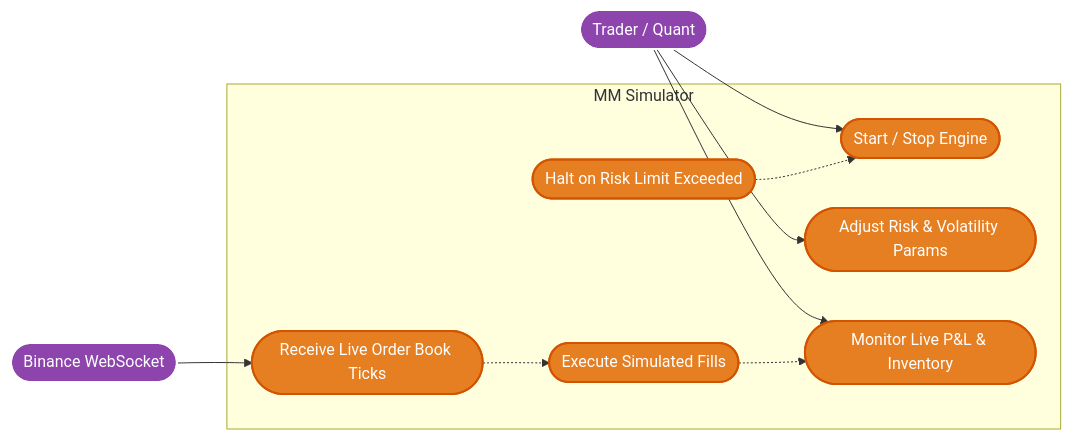
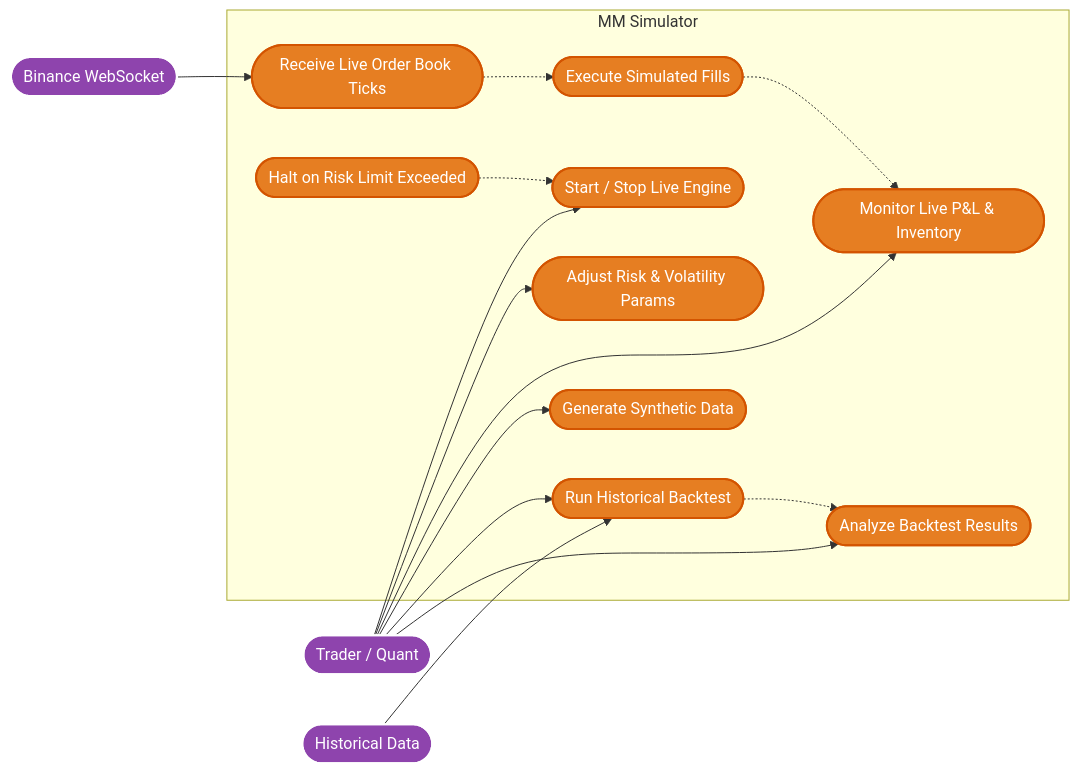
Before and after one commit to Youngmaster0304/trading-bot-project: the second of 3 diagrams in README.md, drawn with Mermaid. The commit also changed other lines of this file, not shown here.

First line of the commit message:
Enhance README with backtesting and data generation details

````diff
--- a/README.md
+++ b/README.md
@@ -94,27 +106,37 @@
 ```mermaid
 flowchart LR
     %% Styling
     classDef actor fill:#8e44ad,stroke:#fff,stroke-width:2px,color:#fff
     classDef usecase fill:#e67e22,stroke:#d35400,stroke-width:2px,color:#fff
     
     User([Trader / Quant]):::actor
     API([Binance WebSocket]):::actor
+    Data([Historical Data]):::actor
 
     subgraph MM Simulator
-        UC1([Start / Stop Engine]):::usecase
+        UC1([Start / Stop Live Engine]):::usecase
         UC2([Adjust Risk & Volatility Params]):::usecase
         UC3([Monitor Live P&L & Inventory]):::usecase
         UC4([Receive Live Order Book Ticks]):::usecase
         UC5([Execute Simulated Fills]):::usecase
         UC6([Halt on Risk Limit Exceeded]):::usecase
+        UC7([Generate Synthetic Data]):::usecase
+        UC8([Run Historical Backtest]):::usecase
+        UC9([Analyze Backtest Results]):::usecase
     end
 
     User --> UC1
     User --> UC2
     User --> UC3
+    User --> UC7
+    User --> UC8
+    User --> UC9
     
     API --> UC4
     UC4 -.-> UC5
     UC5 -.-> UC3
     UC6 -.-> UC1
+    
+    Data --> UC8
+    UC8 -.-> UC9
 ```
````
